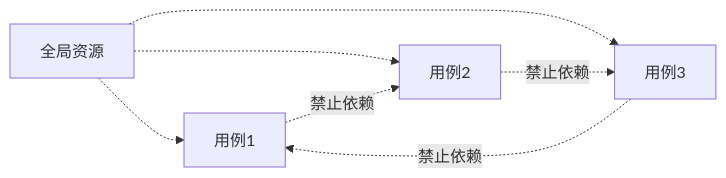
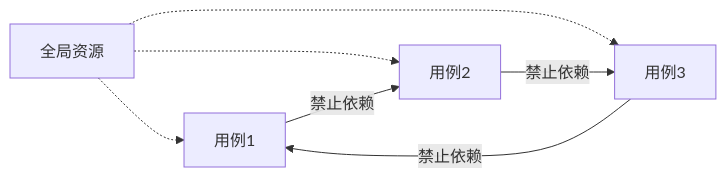
One commit to uytrdcvbjhgf/guyuechen.github.io changed the third of 6 diagrams in content/posts/automation/talk-about-automation.md. Above: the diagram before and after it, drawn with Mermaid. The commit also changed other lines of this file, not shown here.

Commit message:
mermaid style

````diff
--- a/content/posts/automation/talk-about-automation.md
+++ b/content/posts/automation/talk-about-automation.md
@@ -136,17 +136,17 @@
 ```mermaid
 flowchart LR
     GlobalRes[全局资源]
     Case1[用例1]
     Case2[用例2]
     Case3[用例3]
 
     GlobalRes -.-> Case1
     GlobalRes -.-> Case2
     GlobalRes -.-> Case3
 
-    %% 用虚线并标注说明用例间禁止直接依赖
-    Case1 -. "禁止依赖" .-> Case2
-    Case2 -. "禁止依赖" .-> Case3
-    Case3 -. "禁止依赖" .-> Case1
+    %% ✅ 改用实线以显示标签
+    Case1 -->|禁止依赖| Case2
+    Case2 -->|禁止依赖| Case3
+    Case3 -->|禁止依赖| Case1
 
 ```
````
